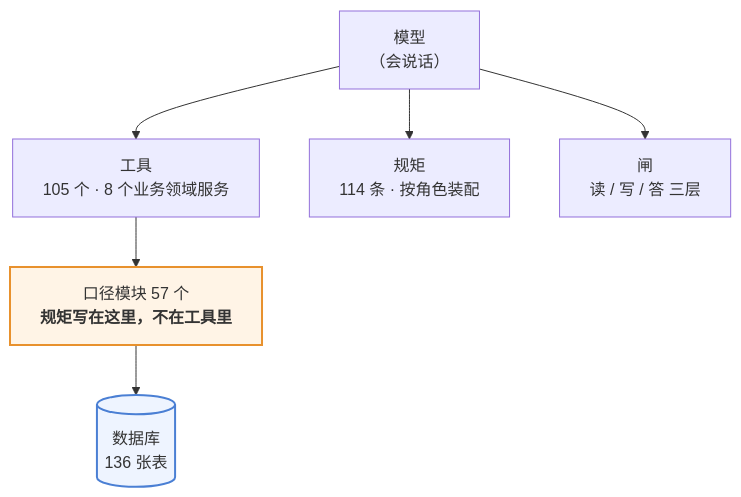
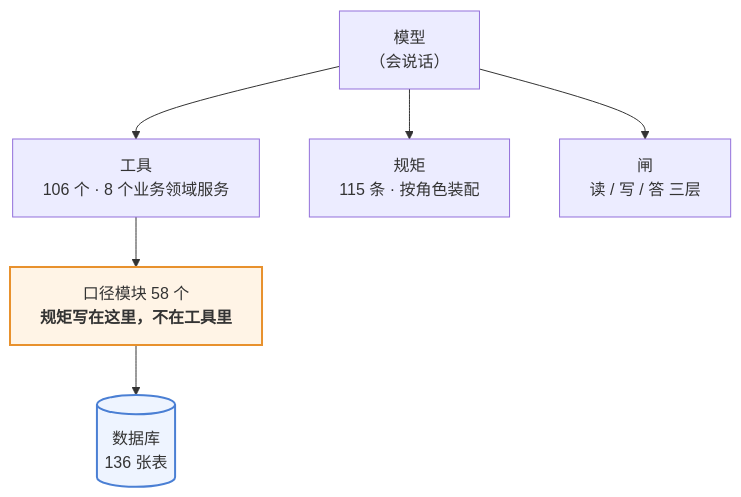
The first of 3 diagrams in 澜绣云裳agent-产品说明.md (843773296-rgb/lanxiu-yunshang-agent), drawn with Mermaid before and after one commit. The commit also changed other lines of this file and 15 other files, not shown here.

````diff
--- a/澜绣云裳agent-产品说明.md
+++ b/澜绣云裳agent-产品说明.md
@@ -62,12 +62,12 @@
 ```mermaid
 flowchart TD
     M["模型<br/>（会说话）"]
-    M --> T["工具<br/>105 个 · 8 个业务领域服务"]
-    M --> R["规矩<br/>114 条 · 按角色装配"]
+    M --> T["工具<br/>106 个 · 8 个业务领域服务"]
+    M --> R["规矩<br/>115 条 · 按角色装配"]
     M --> G["闸<br/>读 / 写 / 答 三层"]
-    T --> K["口径模块 57 个<br/><b>规矩写在这里，不在工具里</b>"]
+    T --> K["口径模块 58 个<br/><b>规矩写在这里，不在工具里</b>"]
     K --> DB[("数据库<br/>136 张表")]
 
     style K fill:#fff4e6,stroke:#e8912d,stroke-width:2px
     style DB fill:#eef4ff,stroke:#4a7fd4,stroke-width:2px
 ```
````
